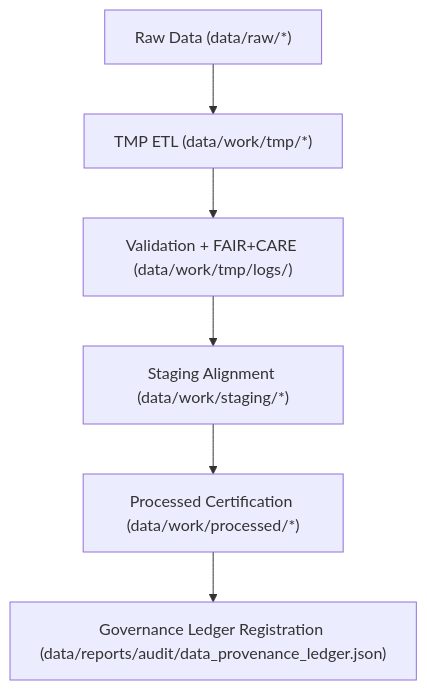
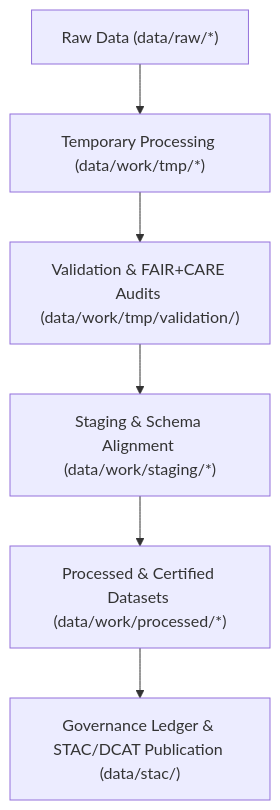
One commit to bartytime4life/Kansas-Frontier-Matrix changed the diagram in data/work/README.md. Above: the diagram before and after it, drawn with Mermaid. The commit also changed other lines of this file, not shown here.

````diff
--- a/data/work/README.md
+++ b/data/work/README.md
@@ -80,8 +83,8 @@
 ```mermaid
 flowchart TD
-    A["Raw Data (data/raw/*)"] --> B["TMP ETL (data/work/tmp/*)"]
-    B --> C["Validation + FAIR+CARE (data/work/tmp/logs/)"]
-    C --> D["Staging Alignment (data/work/staging/*)"]
-    D --> E["Processed Certification (data/work/processed/*)"]
-    E --> F["Governance Ledger Registration (data/reports/audit/data_provenance_ledger.json)"]
+    A["Raw Data (data/raw/*)"] --> B["Temporary Processing (data/work/tmp/*)"]
+    B --> C["Validation & FAIR+CARE Audits (data/work/tmp/validation/)"]
+    C --> D["Staging & Schema Alignment (data/work/staging/*)"]
+    D --> E["Processed & Certified Datasets (data/work/processed/*)"]
+    E --> F["Governance Ledger & STAC/DCAT Publication (data/stac/)"]
 ```
````
